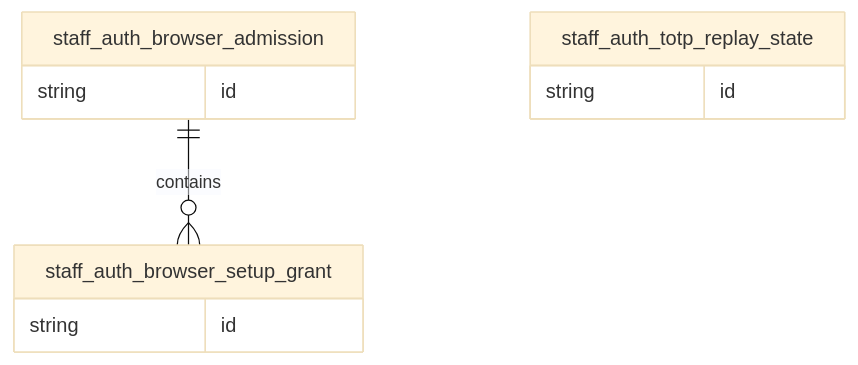
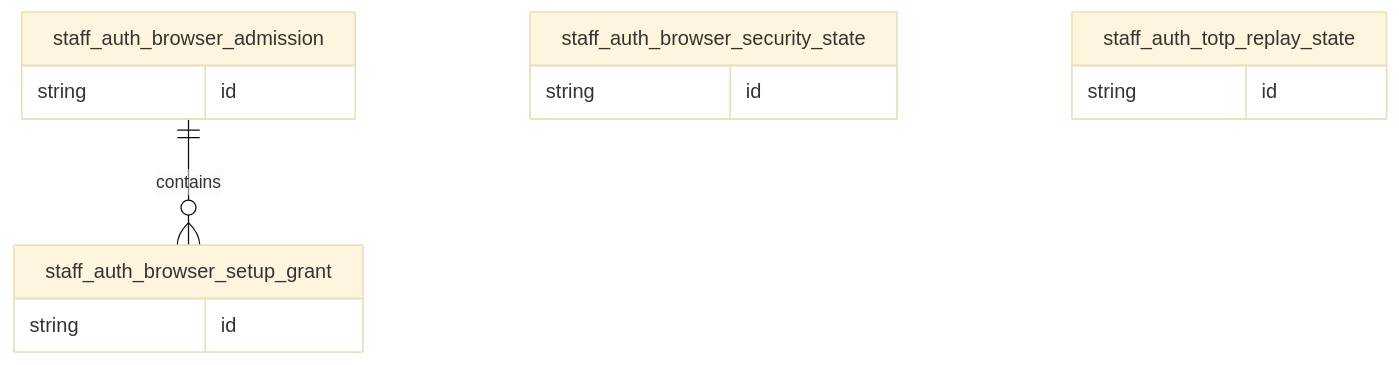
One commit to bedanavrvm/HB-Biogas-Telegram-Bot changed the diagram in docs/database/staff_auth.mmd. Above: the diagram before and after it, drawn with Mermaid (base theme). The commit also changed 57 other files, not shown here.

```diff
--- a/docs/database/staff_auth.mmd
+++ b/docs/database/staff_auth.mmd
@@ -1,11 +1,14 @@
 erDiagram
   staff_auth_browser_admission {
+    string id
+  }
+  staff_auth_browser_security_state {
     string id
   }
   staff_auth_browser_setup_grant {
     string id
   }
   staff_auth_totp_replay_state {
     string id
   }
   staff_auth_browser_admission ||--o{ staff_auth_browser_setup_grant : contains
```
